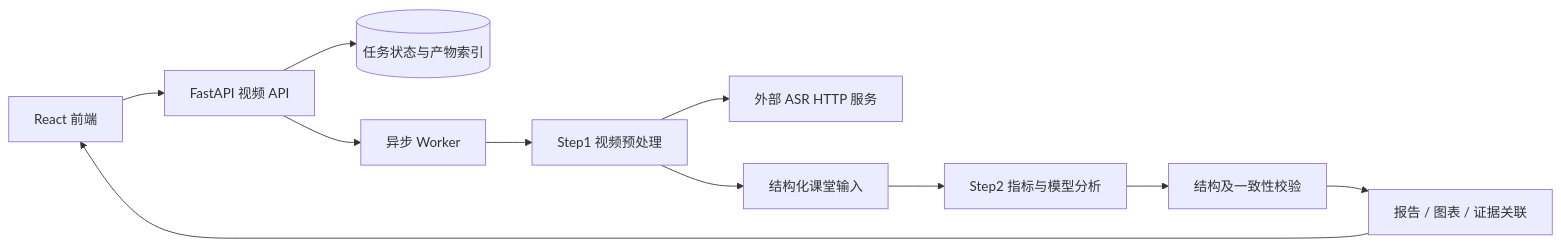
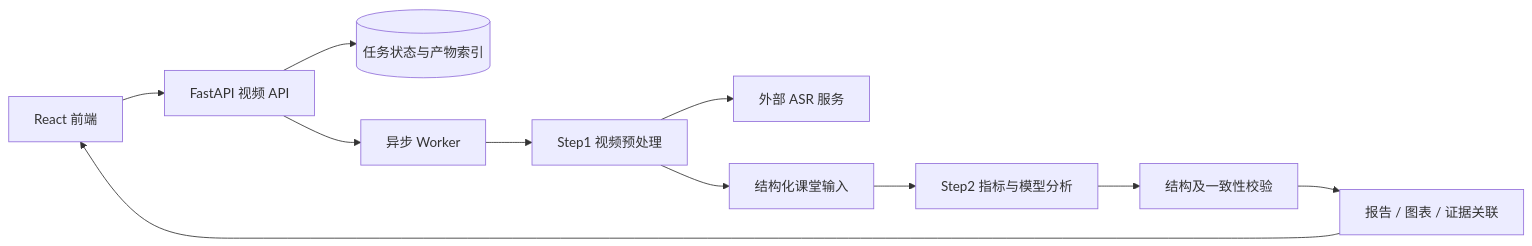
One commit to TaoW265/classroom-video-insights changed the diagram in docs/architecture.md. Above: the diagram before and after it, drawn with Mermaid. The commit also changed other lines of this file and 15 other files, not shown here.

```diff
--- a/docs/architecture.md
+++ b/docs/architecture.md
@@ -7,13 +5,13 @@
 ~~~mermaid
 flowchart LR
     U[React 前端] --> A[FastAPI 视频 API]
     A --> D[(任务状态与产物索引)]
     A --> W[异步 Worker]
     W --> P[Step1 视频预处理]
-    P --> S[外部 ASR HTTP 服务]
+    P --> S[外部 ASR 服务]
     P --> I[结构化课堂输入]
     I --> M[Step2 指标与模型分析]
     M --> V[结构及一致性校验]
     V --> R[报告 / 图表 / 证据关联]
     R --> U
 ~~~
```
